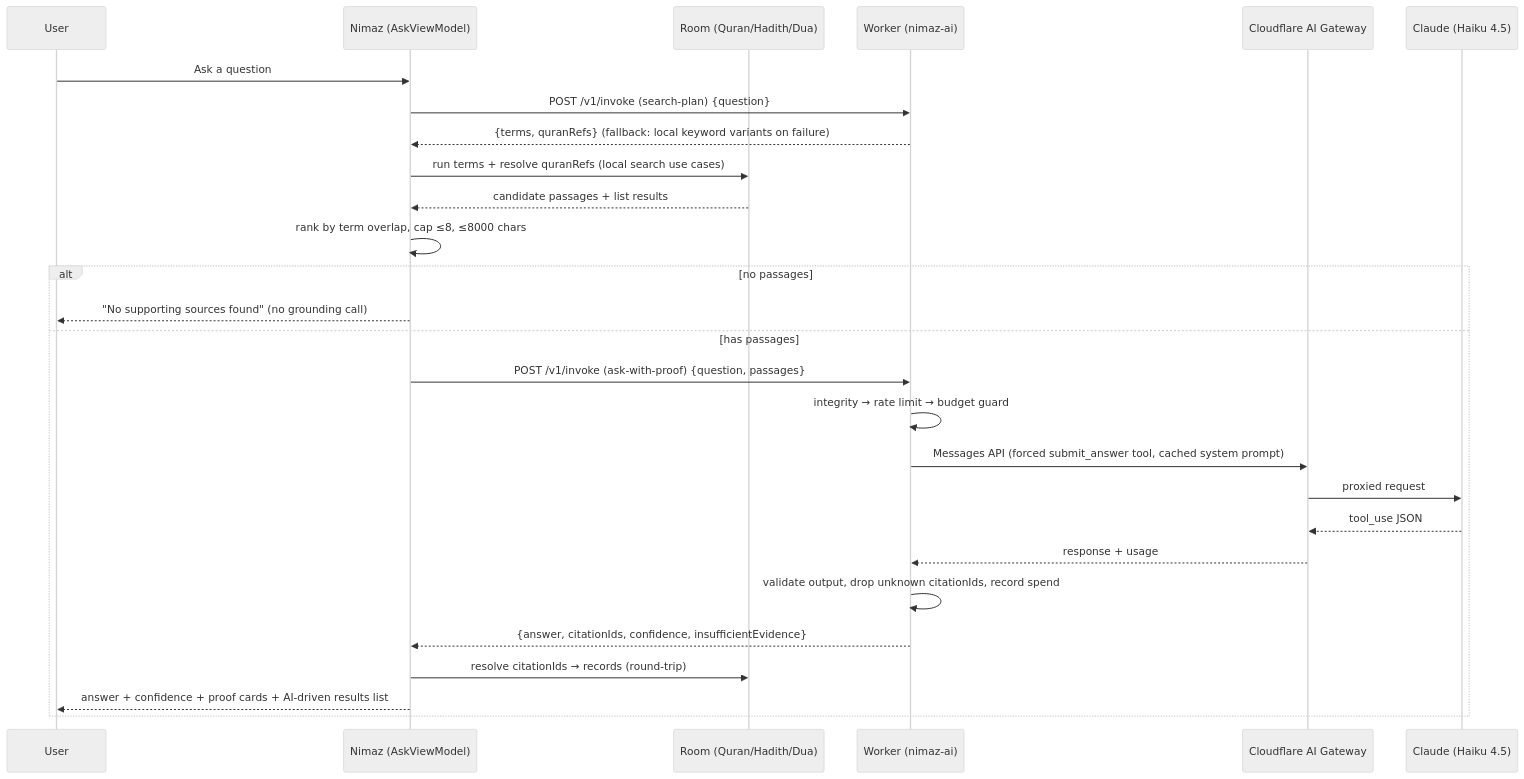
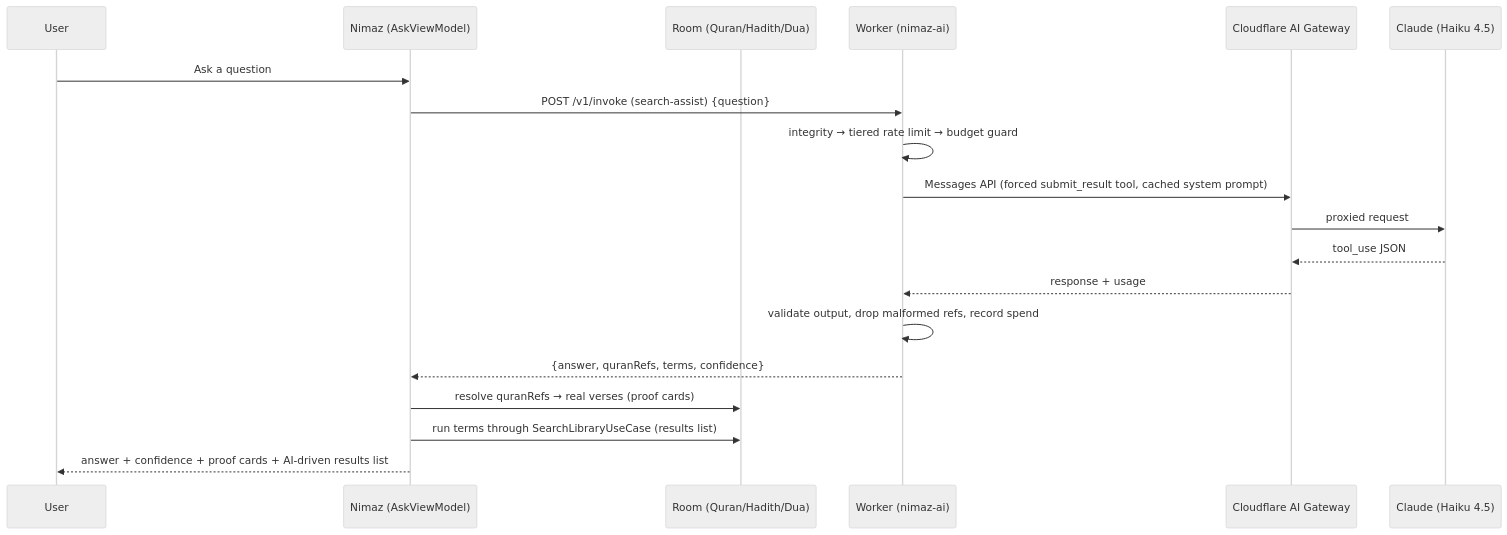
One commit to arshad-shah/Nimaz changed the diagram in docs/ai-ask-with-proof.md. Above: the diagram before and after it, drawn with Mermaid (neutral theme). The commit also changed other lines of this file and 51 other files, not shown here.

````diff
--- a/docs/ai-ask-with-proof.md
+++ b/docs/ai-ask-with-proof.md
@@ -28,30 +29,22 @@
 ```mermaid
 sequenceDiagram
     participant U as User
     participant App as Nimaz (AskViewModel)
     participant Room as Room (Quran/Hadith/Dua)
     participant W as Worker (nimaz-ai)
     participant GW as Cloudflare AI Gateway
     participant C as Claude (Haiku 4.5)
 
     U->>App: Ask a question
-    App->>W: POST /v1/invoke (search-plan) {question}
-    W-->>App: {terms, quranRefs}  (fallback: local keyword variants on failure)
-    App->>Room: run terms + resolve quranRefs (local search use cases)
-    Room-->>App: candidate passages + list results
-    App->>App: rank by term overlap, cap ≤8, ≤8000 chars
-    alt no passages
-        App-->>U: "No supporting sources found" (no grounding call)
-    else has passages
-        App->>W: POST /v1/invoke (ask-with-proof) {question, passages}
-        W->>W: integrity → rate limit → budget guard
-        W->>GW: Messages API (forced submit_answer tool, cached system prompt)
-        GW->>C: proxied request
-        C-->>GW: tool_use JSON
-        GW-->>W: response + usage
-        W->>W: validate output, drop unknown citationIds, record spend
-        W-->>App: {answer, citationIds, confidence, insufficientEvidence}
-        App->>Room: resolve citationIds → records (round-trip)
-        App-->>U: answer + confidence + proof cards + AI-driven results list
-    end
+    App->>W: POST /v1/invoke (search-assist) {question}
+    W->>W: integrity → tiered rate limit → budget guard
+    W->>GW: Messages API (forced submit_result tool, cached system prompt)
+    GW->>C: proxied request
+    C-->>GW: tool_use JSON
+    GW-->>W: response + usage
+    W->>W: validate output, drop malformed refs, record spend
+    W-->>App: {answer, quranRefs, terms, confidence}
+    App->>Room: resolve quranRefs → real verses (proof cards)
+    App->>Room: run terms through SearchLibraryUseCase (results list)
+    App-->>U: answer + confidence + proof cards + AI-driven results list
 ```
````
